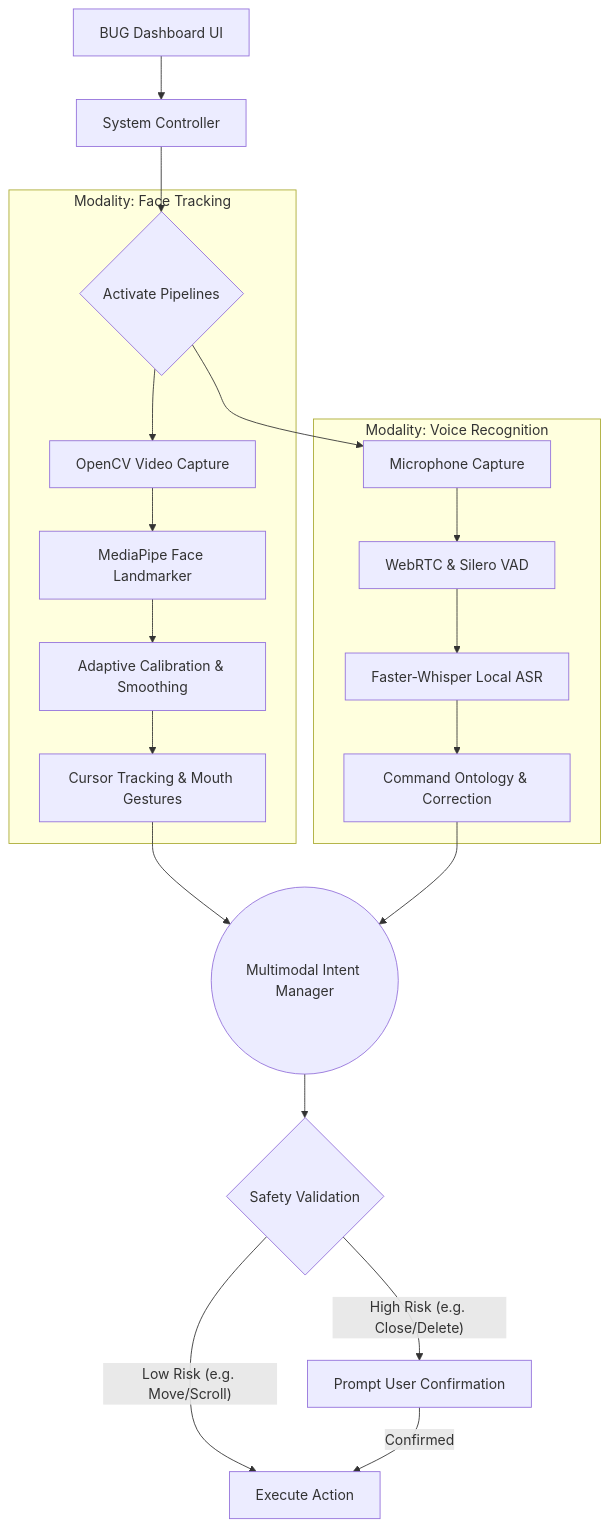
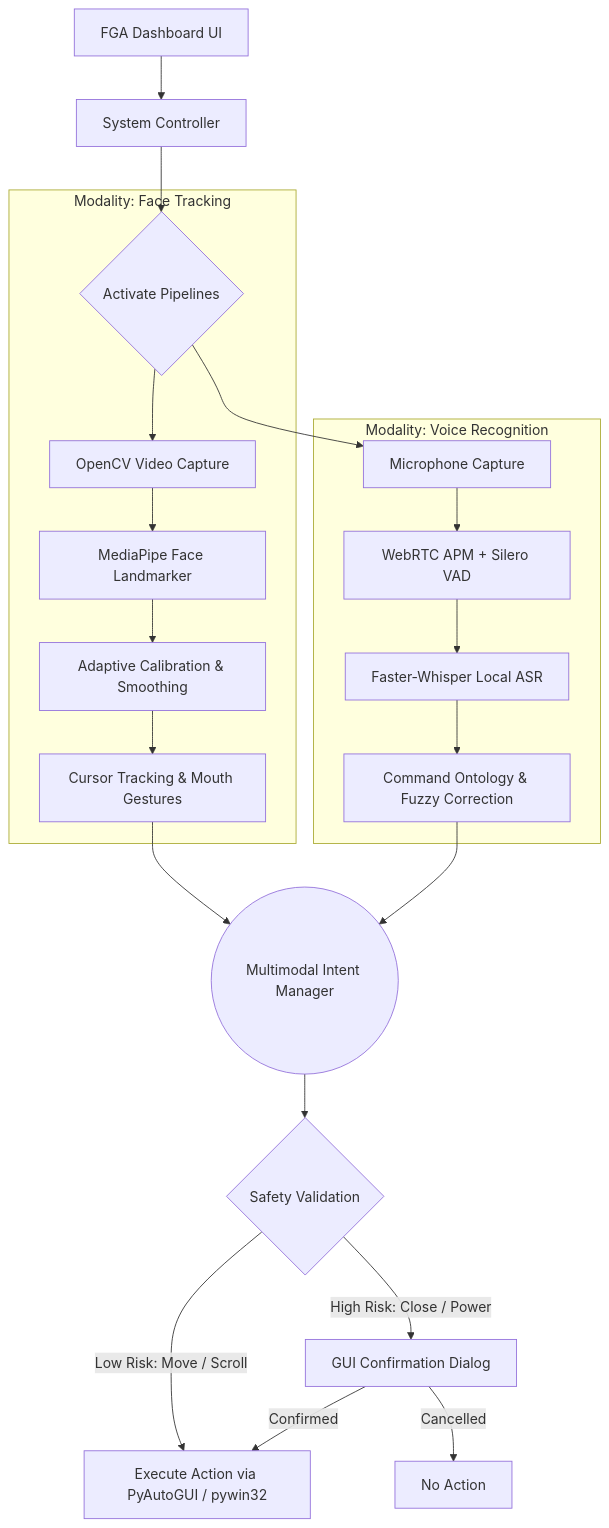
Before and after one commit to maj-afe/Group-7-s-Projects-Repository: the first of 3 diagrams in README.md, drawn with Mermaid. The commit also changed other lines of this file, not shown here.

````diff
--- a/README.md
+++ b/README.md
@@ -72,27 +109,28 @@
 ```mermaid
 graph TD
-    A[BUG Dashboard UI] --> B[System Controller]
+    A[FGA Dashboard UI] --> B[System Controller]
     B --> C{Activate Pipelines}
 
     subgraph Modality: Face Tracking
     C --> D[OpenCV Video Capture]
     D --> E[MediaPipe Face Landmarker]
     E --> F[Adaptive Calibration & Smoothing]
     F --> G[Cursor Tracking & Mouth Gestures]
     end
 
     subgraph Modality: Voice Recognition
     C --> H[Microphone Capture]
-    H --> I[WebRTC & Silero VAD]
+    H --> I[WebRTC APM + Silero VAD]
     I --> J[Faster-Whisper Local ASR]
-    J --> K[Command Ontology & Correction]
+    J --> K[Command Ontology & Fuzzy Correction]
     end
 
     G --> L((Multimodal Intent Manager))
     K --> L
 
     L --> M{Safety Validation}
-    M -- Low Risk (e.g. Move/Scroll) --> N[Execute Action]
-    M -- High Risk (e.g. Close/Delete) --> O[Prompt User Confirmation]
+    M -- Low Risk: Move / Scroll --> N[Execute Action via PyAutoGUI / pywin32]
+    M -- High Risk: Close / Power --> O[GUI Confirmation Dialog]
     O -- Confirmed --> N
+    O -- Cancelled --> P[No Action]
 ```
````
